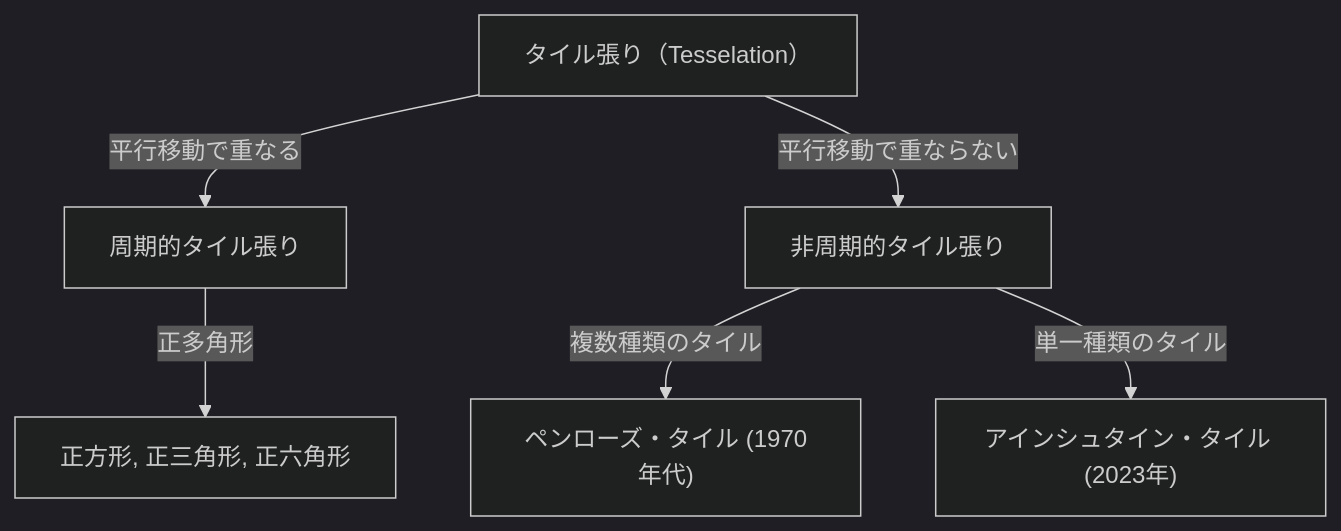
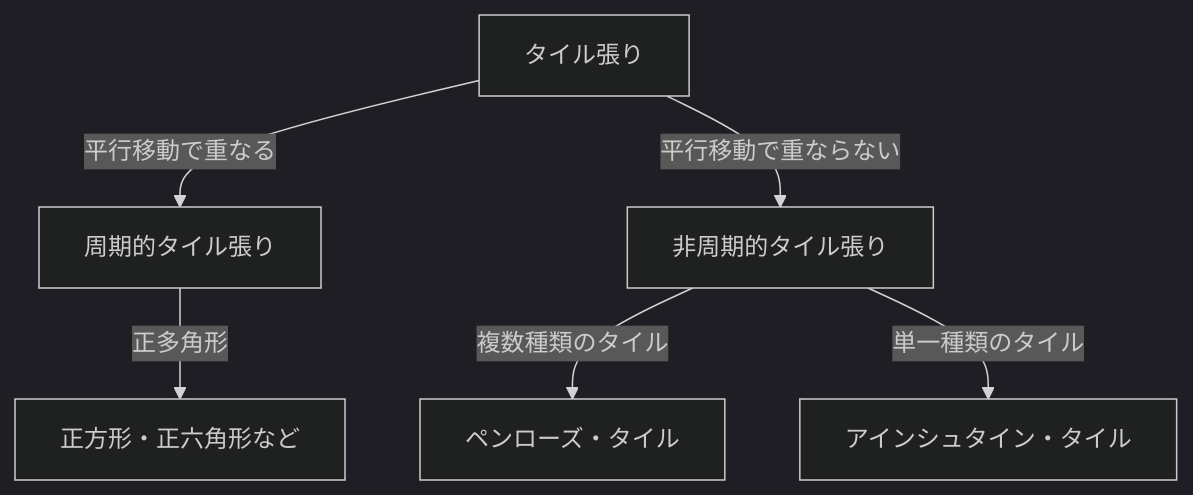
One commit to kenjinote/blog changed the diagram in content/post/aperiodic-tiling-problem/index.md. Above: the diagram before and after it, drawn with Mermaid (dark theme). The commit also changed other lines of this file and 129 other files, not shown here.

````diff
--- a/content/post/aperiodic-tiling-problem/index.md
+++ b/content/post/aperiodic-tiling-problem/index.md
@@ -23,9 +17,8 @@
 ```mermaid
 graph TD
-    A["タイル張り（Tesselation）"]
-    A -- "平行移動で重なる" --> B["周期的タイル張り"]
+    A["タイル張り"] -- "平行移動で重なる" --> B["周期的タイル張り"]
     A -- "平行移動で重ならない" --> C["非周期的タイル張り"]
-    B -- "正多角形" --> D["正方形, 正三角形, 正六角形"]
-    C -- "複数種類のタイル" --> E["ペンローズ・タイル (1970年代)"]
-    C -- "単一種類のタイル" --> F["アインシュタイン・タイル (2023年)"]
+    B -- "正多角形" --> D["正方形・正六角形など"]
+    C -- "複数種類のタイル" --> E["ペンローズ・タイル"]
+    C -- "単一種類のタイル" --> F["アインシュタイン・タイル"]
 ```
````
